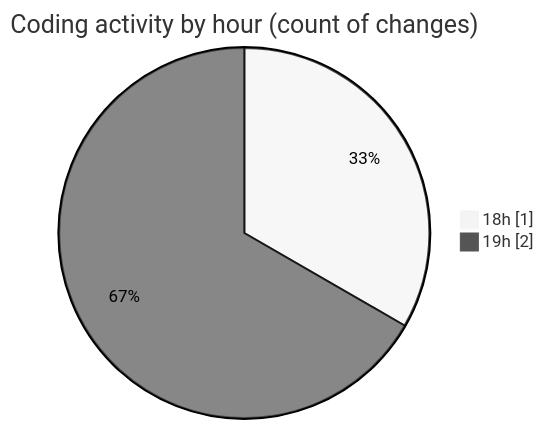
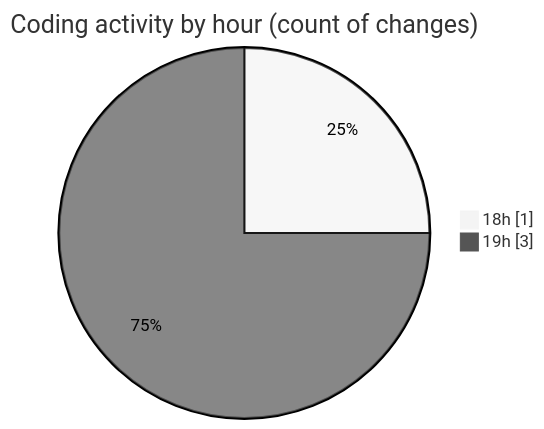
One commit to Netris89/code-tracking changed the second of 2 diagrams in 2025-03-30/front-end/README.md. Above: the diagram before and after it, drawn with Mermaid (neutral theme). The commit also changed other lines of this file and 1 other file, not shown here.

````diff
--- a/2025-03-30/front-end/README.md
+++ b/2025-03-30/front-end/README.md
@@ -28,6 +29,6 @@
 ```mermaid
 pie showData
 title Coding activity by hour (count of changes)
 "18h" : 1
-"19h" : 2
+"19h" : 3
 ```
````
